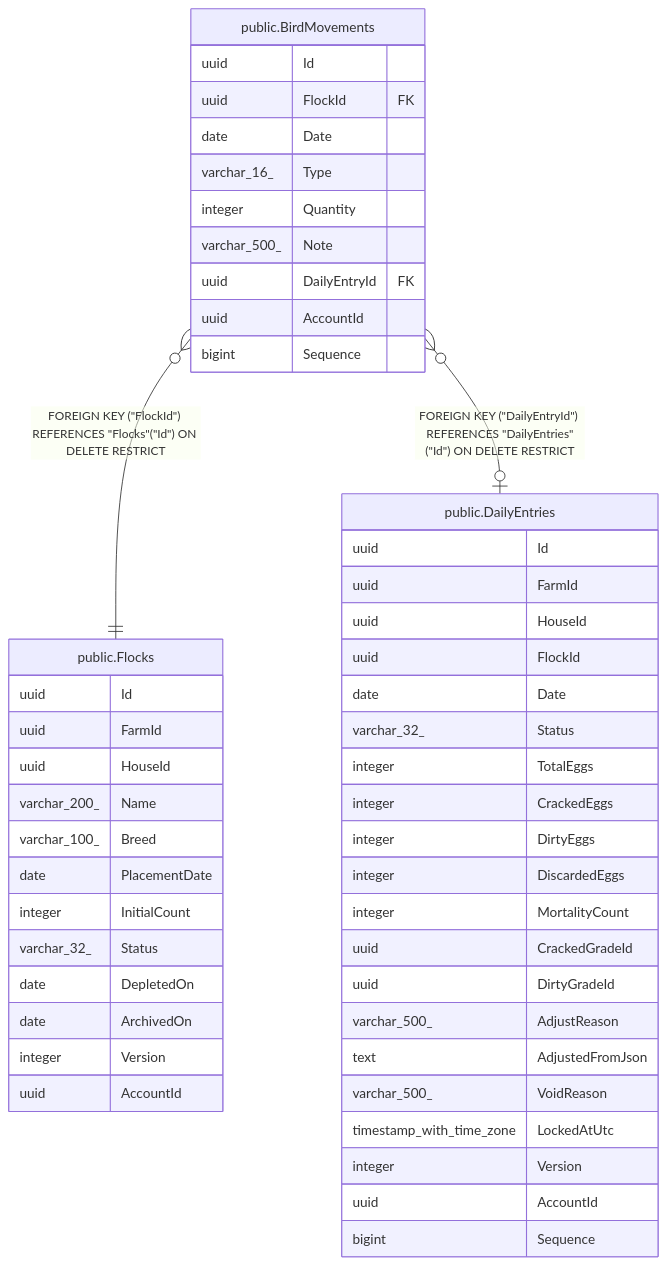
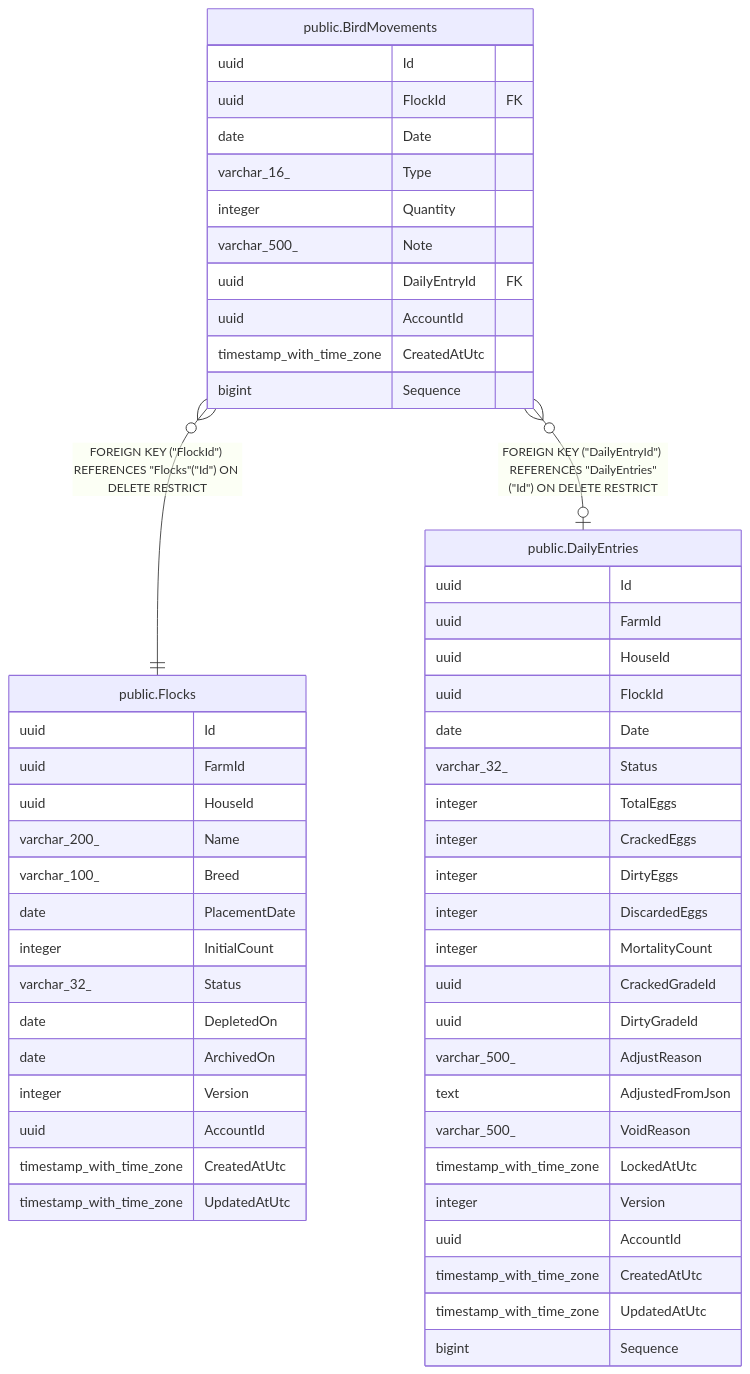
The diagram in docs/schema/public.BirdMovements.md (mforce/cluckwork), drawn with Mermaid before and after one commit. The commit also changed other lines of this file and 110 other files, not shown here.

````diff
--- a/docs/schema/public.BirdMovements.md
+++ b/docs/schema/public.BirdMovements.md
@@ -49,54 +58,59 @@
 ```mermaid
 erDiagram
 
 "public.BirdMovements" }o--|| "public.Flocks" : "FOREIGN KEY (#quot;FlockId#quot;) REFERENCES #quot;Flocks#quot;(#quot;Id#quot;) ON DELETE RESTRICT"
 "public.BirdMovements" }o--o| "public.DailyEntries" : "FOREIGN KEY (#quot;DailyEntryId#quot;) REFERENCES #quot;DailyEntries#quot;(#quot;Id#quot;) ON DELETE RESTRICT"
 
 "public.BirdMovements" {
   uuid Id
   uuid FlockId FK
   date Date
   varchar_16_ Type
   integer Quantity
   varchar_500_ Note
   uuid DailyEntryId FK
   uuid AccountId
+  timestamp_with_time_zone CreatedAtUtc
   bigint Sequence
 }
 "public.Flocks" {
   uuid Id
   uuid FarmId
   uuid HouseId
   varchar_200_ Name
   varchar_100_ Breed
   date PlacementDate
   integer InitialCount
   varchar_32_ Status
   date DepletedOn
   date ArchivedOn
   integer Version
   uuid AccountId
+  timestamp_with_time_zone CreatedAtUtc
+  timestamp_with_time_zone UpdatedAtUtc
 }
 "public.DailyEntries" {
   uuid Id
   uuid FarmId
   uuid HouseId
   uuid FlockId
   date Date
   varchar_32_ Status
   integer TotalEggs
   integer CrackedEggs
   integer DirtyEggs
   integer DiscardedEggs
   integer MortalityCount
   uuid CrackedGradeId
   uuid DirtyGradeId
   varchar_500_ AdjustReason
   text AdjustedFromJson
   varchar_500_ VoidReason
   timestamp_with_time_zone LockedAtUtc
   integer Version
   uuid AccountId
+  timestamp_with_time_zone CreatedAtUtc
+  timestamp_with_time_zone UpdatedAtUtc
   bigint Sequence
 }
 ```
````
